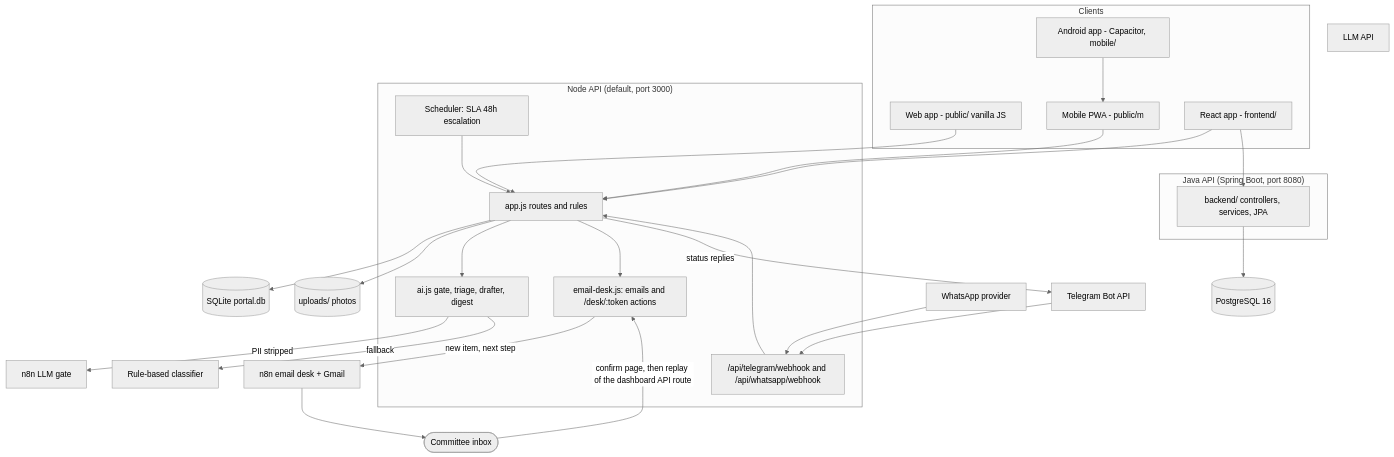
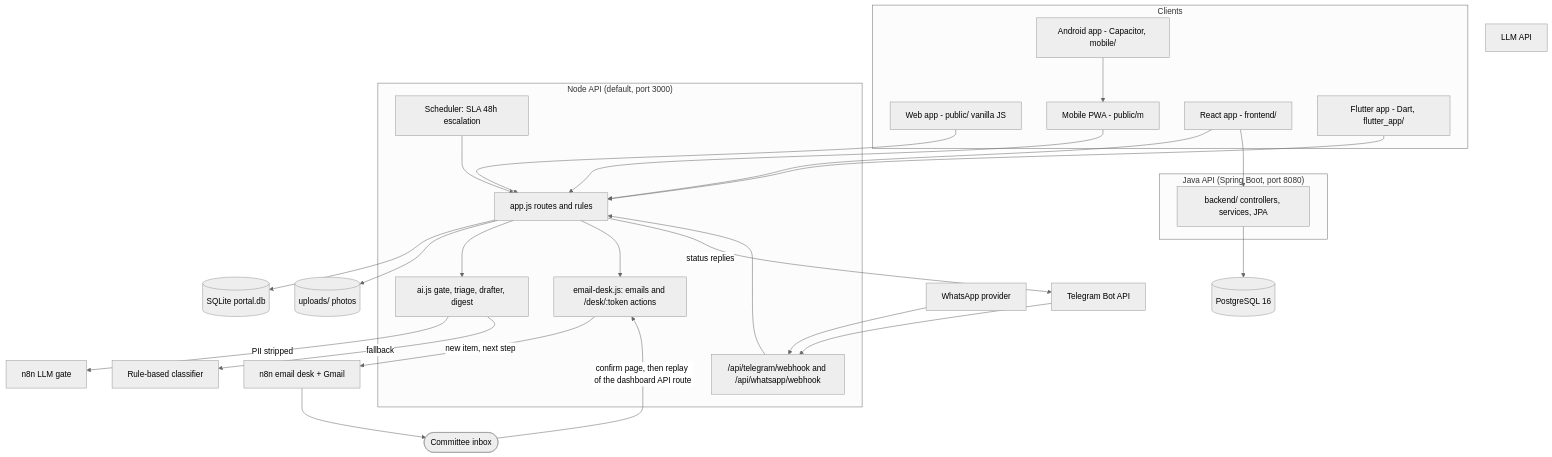
The second of 6 diagrams in docs/architecture/architecture.md (beerus-Ai/housing-portal), drawn with Mermaid (neutral theme) before and after one commit. The commit also changed other lines of this file and 92 other files, not shown here.

First line of the commit message:
feat: Flutter (Dart) mobile app and product/technology architecture doc

````diff
--- a/docs/architecture/architecture.md
+++ b/docs/architecture/architecture.md
@@ -26,43 +28,45 @@
 ```mermaid
 flowchart TB
   subgraph Clients
     web[Web app - public/ vanilla JS]
     pwa[Mobile PWA - public/m]
     react[React app - frontend/]
     droid[Android app - Capacitor, mobile/]
+    flut[Flutter app - Dart, flutter_app/]
   end
   subgraph Node["Node API (default, port 3000)"]
     app[app.js routes and rules]
     ai[ai.js gate, triage, drafter, digest]
     hook["/api/telegram/webhook and /api/whatsapp/webhook"]
     sched[Scheduler: SLA 48h escalation]
     desk["email-desk.js: emails and /desk/:token actions"]
   end
   subgraph Java["Java API (Spring Boot, port 8080)"]
     jb[backend/ controllers, services, JPA]
   end
   sqlite[(SQLite portal.db)]
   pg[(PostgreSQL 16)]
   files[(uploads/ photos)]
   wa[WhatsApp provider]
   llm[LLM API]
   web --> app
   pwa --> app
   react --> app
   react --> jb
   droid --> pwa
+  flut --> app
   app --> sqlite
   app --> files
   jb --> pg
   tg[Telegram Bot API] --> hook --> app
   wa --> hook
   app --> ai
   ai -->|PII stripped| n8n[n8n LLM gate]
   ai -->|fallback| rules[Rule-based classifier]
   sched --> app
   app --> desk
   desk -->|new item, next step| n8nmail[n8n email desk + Gmail]
   n8nmail --> inbox([Committee inbox])
   inbox -->|confirm page, then replay of the dashboard API route| desk
   app -->|status replies| tg
 ```
````
